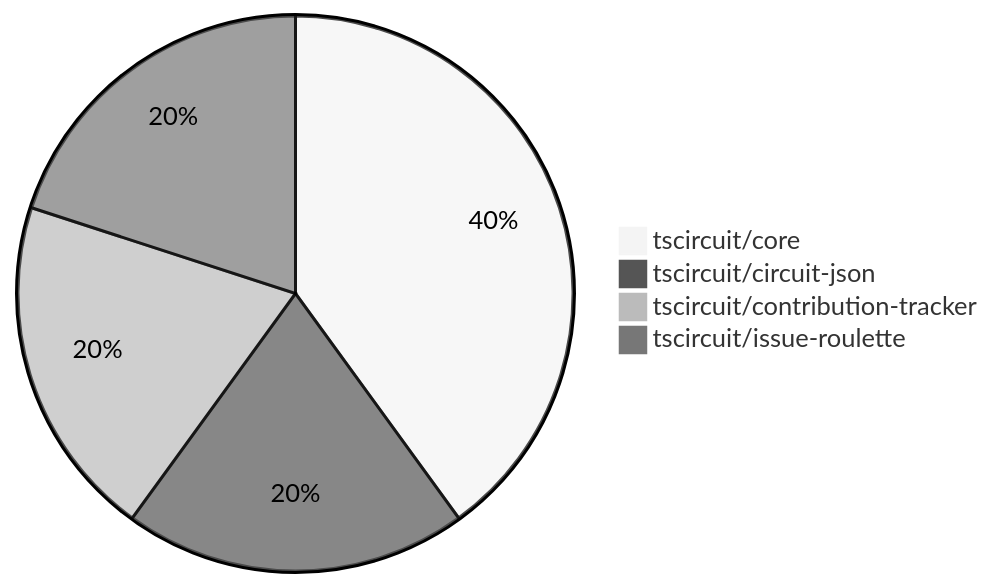
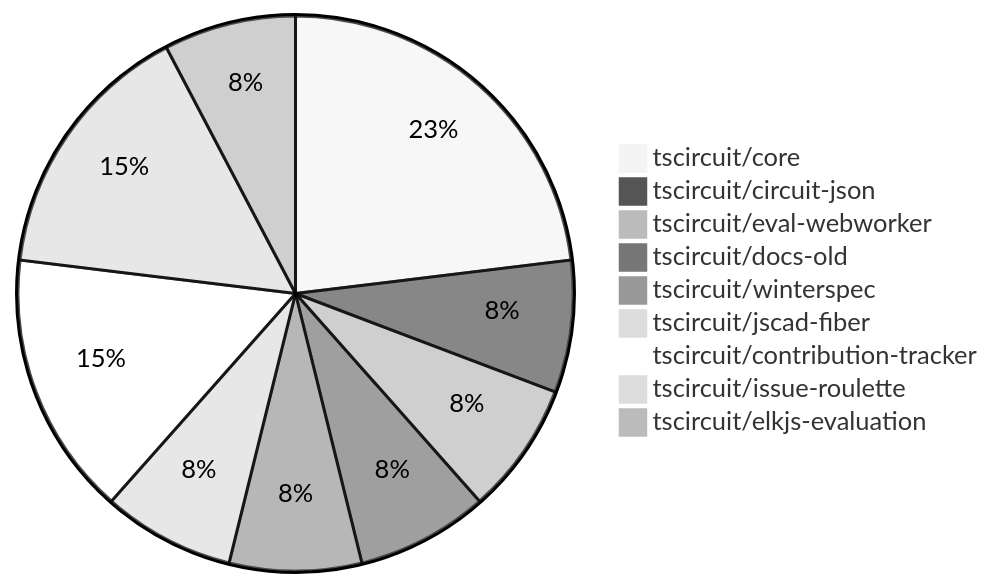
Before and after one commit to tscircuit/contribution-tracker: the diagram in contribution-overviews/2025-01-22.md, drawn with Mermaid (neutral theme). The commit also changed other lines of this file and 2 other files, not shown here.

Commit message:
Update contribution overviews

````diff
--- a/contribution-overviews/2025-01-22.md
+++ b/contribution-overviews/2025-01-22.md
@@ -5,7 +5,12 @@
 ```mermaid
 pie
-    "tscircuit/core" : 2
+    "tscircuit/core" : 3
     "tscircuit/circuit-json" : 1
-    "tscircuit/contribution-tracker" : 1
-    "tscircuit/issue-roulette" : 1
+    "tscircuit/eval-webworker" : 1
+    "tscircuit/docs-old" : 1
+    "tscircuit/winterspec" : 1
+    "tscircuit/jscad-fiber" : 1
+    "tscircuit/contribution-tracker" : 2
+    "tscircuit/issue-roulette" : 2
+    "tscircuit/elkjs-evaluation" : 1
 ```
````
